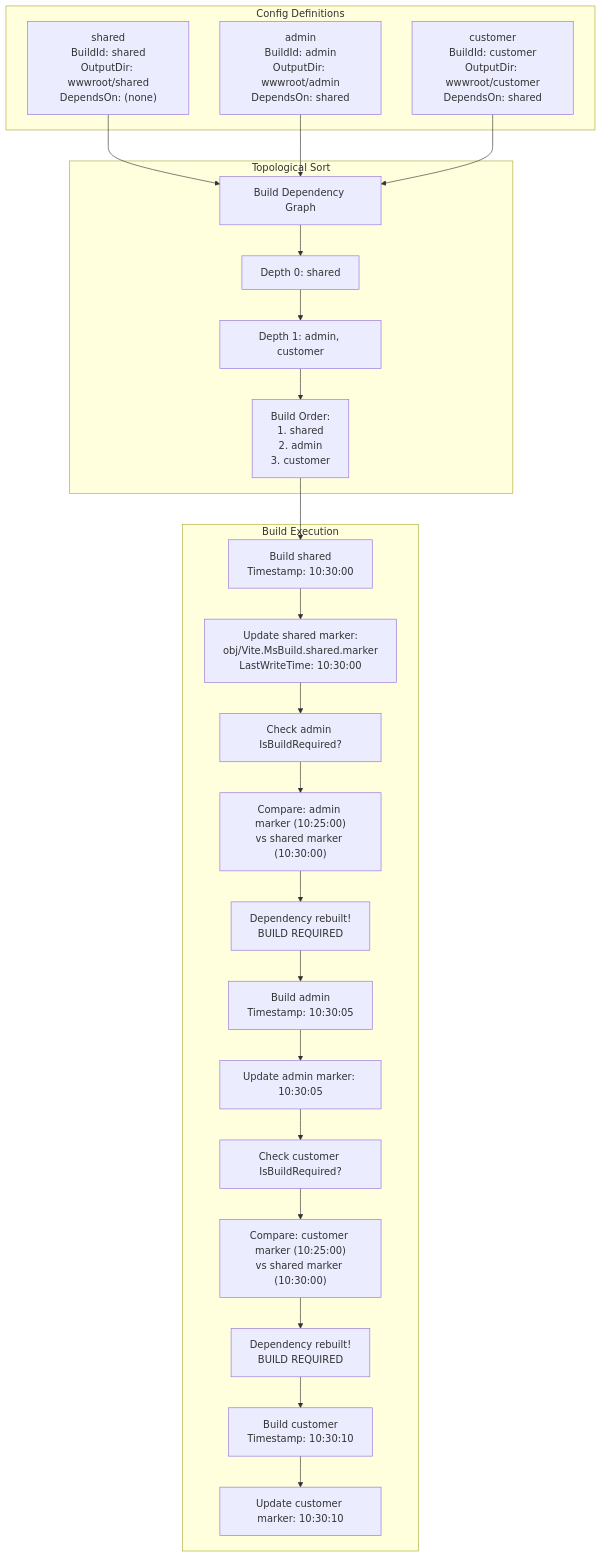
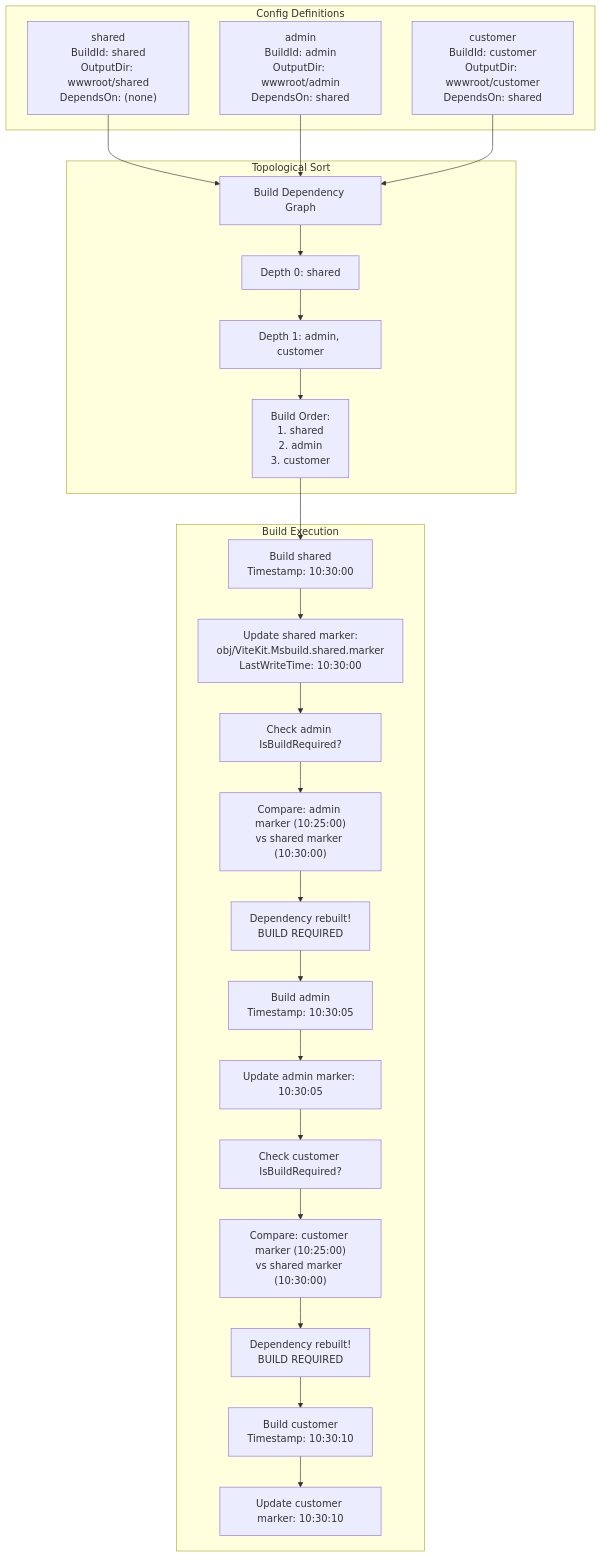
Before and after one commit to DigitalParadox/Vite.MsBuild: diagram 17 of 22 in docs/architecture/process-flow.md, drawn with Mermaid. The commit also changed other lines of this file and 38 other files, not shown here.

First line of the commit message:
refactor: rename Vite.MsBuild to ViteKit.Msbuild across documentation

````diff
--- a/docs/architecture/process-flow.md
+++ b/docs/architecture/process-flow.md
@@ -733,51 +733,51 @@
 ```mermaid
 graph TB
     subgraph "Config Definitions"
         C1["shared<br/>BuildId: shared<br/>OutputDir: wwwroot/shared<br/>DependsOn: (none)"]
         C2["admin<br/>BuildId: admin<br/>OutputDir: wwwroot/admin<br/>DependsOn: shared"]
         C3["customer<br/>BuildId: customer<br/>OutputDir: wwwroot/customer<br/>DependsOn: shared"]
     end
     
     subgraph "Topological Sort"
         T1[Build Dependency Graph]
         T2[Depth 0: shared]
         T3[Depth 1: admin, customer]
         T4[Build Order:<br/>1. shared<br/>2. admin<br/>3. customer]
     end
     
     subgraph "Build Execution"
         B1["Build shared<br/>Timestamp: 10:30:00"]
-        B2["Update shared marker:<br/>obj/Vite.MsBuild.shared.marker<br/>LastWriteTime: 10:30:00"]
+        B2["Update shared marker:<br/>obj/ViteKit.Msbuild.shared.marker<br/>LastWriteTime: 10:30:00"]
         
         B3["Check admin IsBuildRequired?"]
         B4["Compare: admin marker (10:25:00)<br/>vs shared marker (10:30:00)"]
         B5["Dependency rebuilt!<br/>BUILD REQUIRED"]
         B6["Build admin<br/>Timestamp: 10:30:05"]
         B7["Update admin marker: 10:30:05"]
         
         B8["Check customer IsBuildRequired?"]
         B9["Compare: customer marker (10:25:00)<br/>vs shared marker (10:30:00)"]
         B10["Dependency rebuilt!<br/>BUILD REQUIRED"]
         B11["Build customer<br/>Timestamp: 10:30:10"]
         B12["Update customer marker: 10:30:10"]
     end
     
     C1 --> T1
     C2 --> T1
     C3 --> T1
     T1 --> T2
     T2 --> T3
     T3 --> T4
     T4 --> B1
     B1 --> B2
     B2 --> B3
     B3 --> B4
     B4 --> B5
     B5 --> B6
     B6 --> B7
     B7 --> B8
     B8 --> B9
     B9 --> B10
     B10 --> B11
     B11 --> B12
 ```
````
